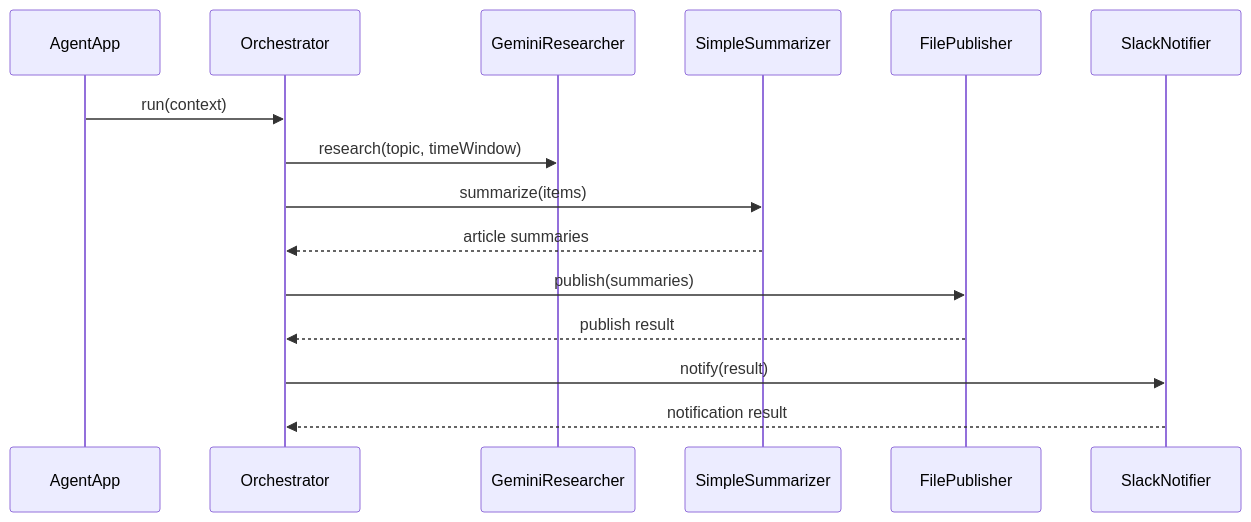
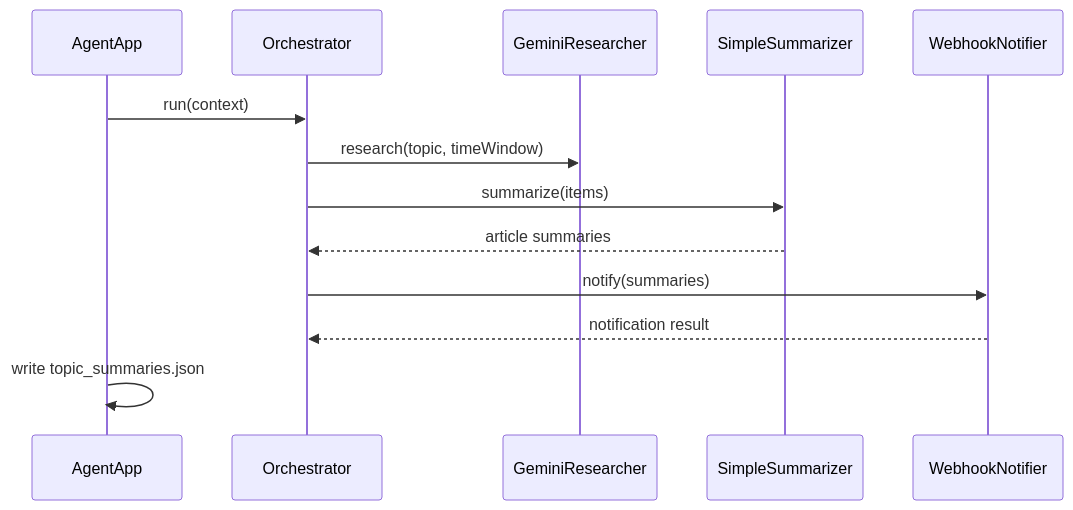
Before and after one commit to hondaya14/bulknews-agent: the second of 2 diagrams in README.md, drawn with Mermaid. The commit also changed other lines of this file and 10 other files, not shown here.

First line of the commit message:
Refactor orchestrator flow and structure research output (#9)

````diff
--- a/README.md
+++ b/README.md
@@ -38,18 +36,16 @@
 ```mermaid
 sequenceDiagram
   participant App as AgentApp
   participant Orchestrator as Orchestrator
   participant Researcher as GeminiResearcher
   participant Summarizer as SimpleSummarizer
-  participant Publisher as FilePublisher
-  participant Notifier as SlackNotifier
+  participant Notifier as WebhookNotifier
 
   App->>Orchestrator: run(context)
   Orchestrator->>Researcher: research(topic, timeWindow)
   Orchestrator->>Summarizer: summarize(items)
   Summarizer-->>Orchestrator: article summaries
-  Orchestrator->>Publisher: publish(summaries)
-  Publisher-->>Orchestrator: publish result
-  Orchestrator->>Notifier: notify(result)
+  Orchestrator->>Notifier: notify(summaries)
   Notifier-->>Orchestrator: notification result
+  App->>App: write topic_summaries.json
 ```
````
